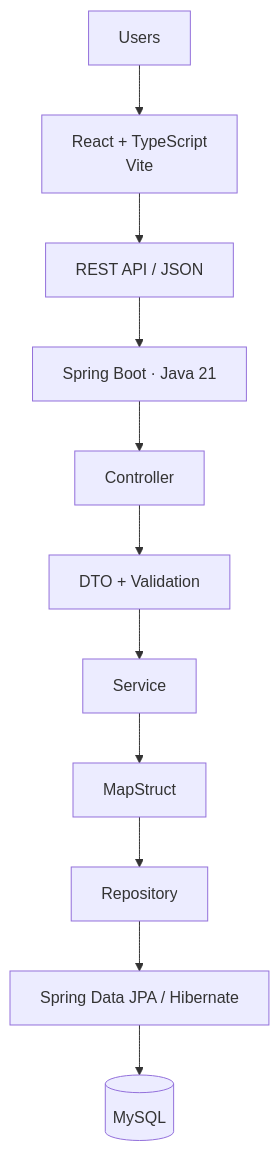
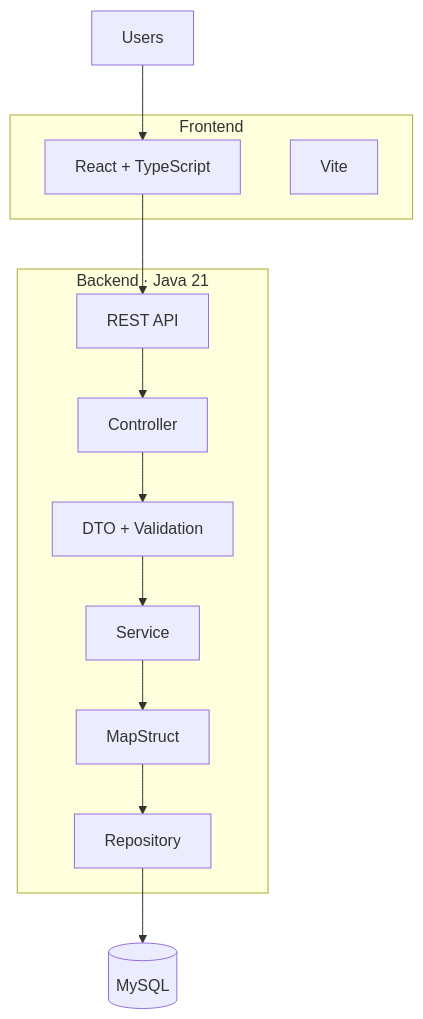
One commit to AtharvaVavhal/spidosoft-erp changed the second of 3 diagrams in README.md. Above: the diagram before and after it, drawn with Mermaid. The commit also changed other lines of this file, not shown here.

````diff
--- a/README.md
+++ b/README.md
@@ -80,13 +98,29 @@
 ```mermaid
 flowchart TB
-    USER["Users"] --> FE["React + TypeScript<br/>Vite"]
-    FE --> API["REST API / JSON"]
-    API --> BE["Spring Boot · Java 21"]
-    BE --> CTRL["Controller"]
-    CTRL --> DTO["DTO + Validation"]
-    DTO --> SERVICE["Service"]
-    SERVICE --> MAPPER["MapStruct"]
-    MAPPER --> REPO["Repository"]
-    REPO --> JPA["Spring Data JPA / Hibernate"]
-    JPA --> DB[("MySQL")]
+    USER["Users"]
+
+    subgraph FRONTEND["Frontend"]
+        FE["React + TypeScript"]
+        VITE["Vite"]
+    end
+
+    subgraph BACKEND["Backend · Java 21"]
+        API["REST API"]
+        CTRL["Controller"]
+        DTO["DTO + Validation"]
+        SERVICE["Service"]
+        MAPPER["MapStruct"]
+        REPO["Repository"]
+    end
+
+    DB[("MySQL")]
+
+    USER --> FE
+    FE --> API
+    API --> CTRL
+    CTRL --> DTO
+    DTO --> SERVICE
+    SERVICE --> MAPPER
+    MAPPER --> REPO
+    REPO --> DB
 ```
````
